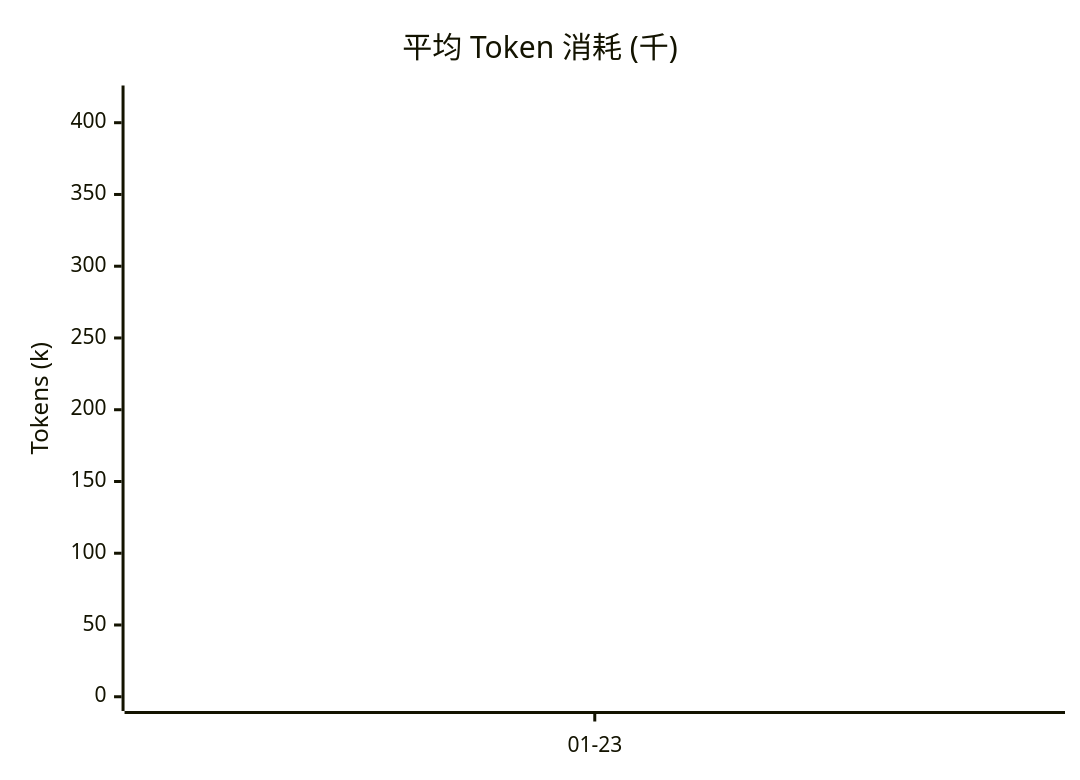
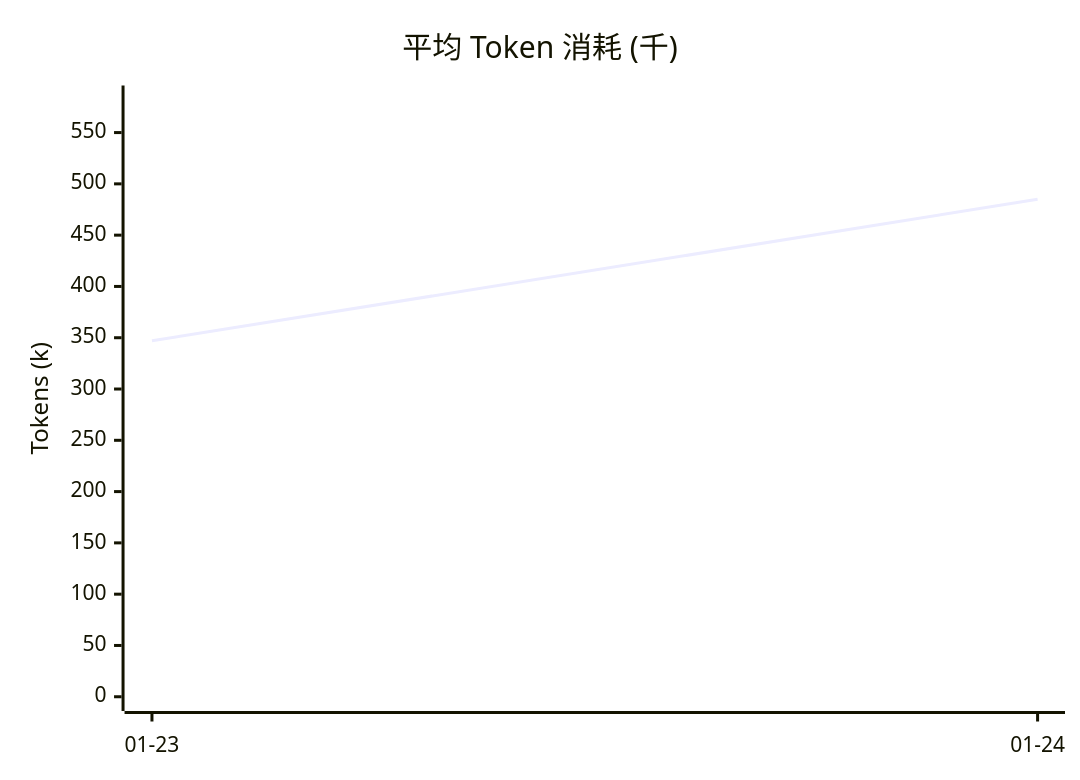
The seventh of 7 diagrams in evaluation/README.md (gongxh13/rca-agent), drawn with Mermaid before and after one commit. The commit also changed other lines of this file, not shown here.

````diff
--- a/evaluation/README.md
+++ b/evaluation/README.md
@@ -125,7 +126,7 @@
 ```mermaid
 xychart-beta
     title "平均 Token 消耗 (千)"
-    x-axis ["01-23"]
-    y-axis "Tokens (k)" 0 --> 416
-    line [347]
+    x-axis ["01-23", "01-24"]
+    y-axis "Tokens (k)" 0 --> 582
+    line [347, 485]
 ```
````
